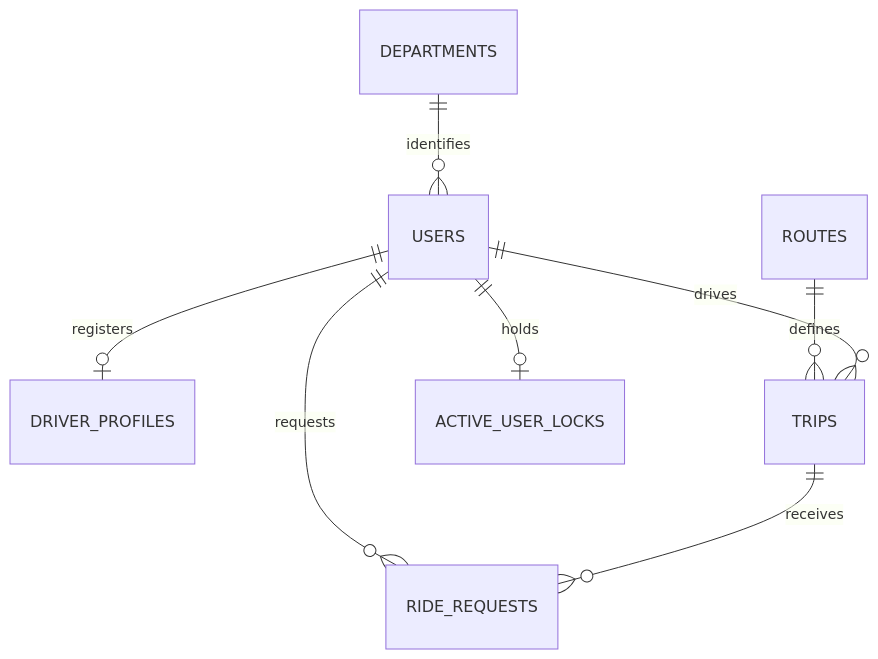
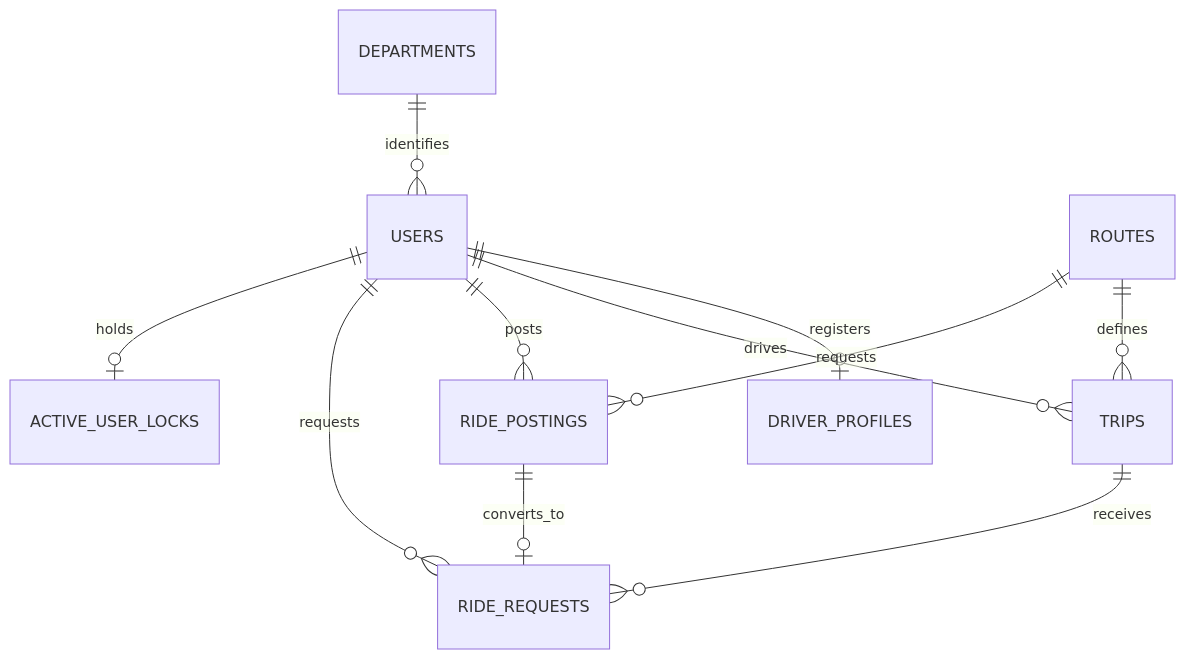
Before and after one commit to JooJeongwon/campus-ride: the second of 2 diagrams in Architecture.md, drawn with Mermaid. The commit also changed other lines of this file and 18 other files, not shown here.

Commit message:
feat: add ride postings system with database migration, worker routes, and shared schemas

````diff
--- a/Architecture.md
+++ b/Architecture.md
@@ -156,10 +160,13 @@
 ```mermaid
 erDiagram
     USERS ||--o| DRIVER_PROFILES : registers
     USERS ||--o{ TRIPS : drives
     ROUTES ||--o{ TRIPS : defines
+    USERS ||--o{ RIDE_POSTINGS : posts
+    ROUTES ||--o{ RIDE_POSTINGS : requests
+    RIDE_POSTINGS ||--o| RIDE_REQUESTS : converts_to
     TRIPS ||--o{ RIDE_REQUESTS : receives
     USERS ||--o{ RIDE_REQUESTS : requests
     USERS ||--o| ACTIVE_USER_LOCKS : holds
     DEPARTMENTS ||--o{ USERS : identifies
 ```
````
